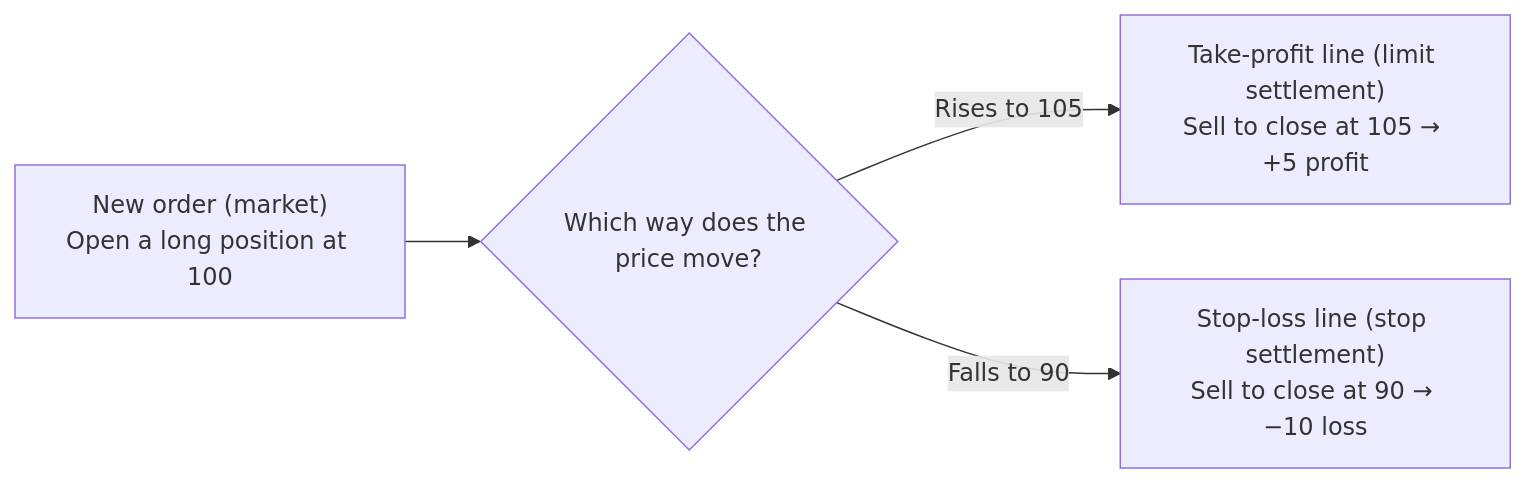
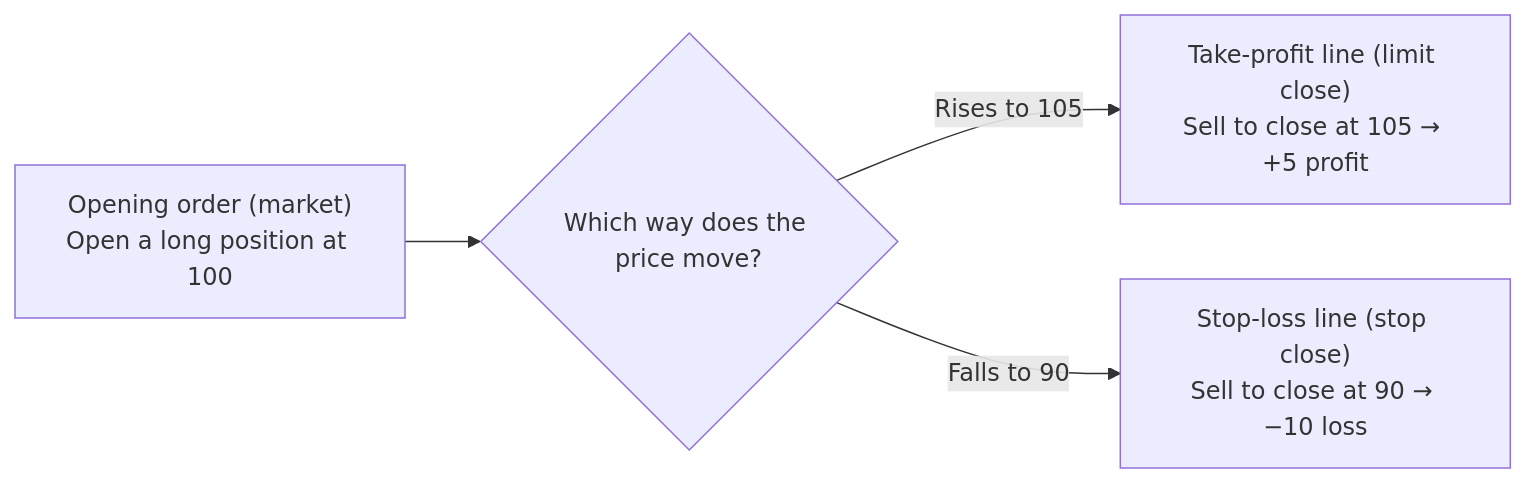
One commit to annarosalees/finance-notes changed the diagram in notes/cfd-basics.en.md. Above: the diagram before and after it, drawn with Mermaid. The commit also changed other lines of this file and 2 other files, not shown here.

````diff
--- a/notes/cfd-basics.en.md
+++ b/notes/cfd-basics.en.md
@@ -511,6 +550,6 @@
 ```mermaid
 graph LR
-    A["New order (market)<br/>Open a long position at 100"] --> B{Which way does the price move?}
-    B -->|Rises to 105| C["Take-profit line (limit settlement)<br/>Sell to close at 105 → +5 profit"]
-    B -->|Falls to 90| D["Stop-loss line (stop settlement)<br/>Sell to close at 90 → −10 loss"]
+    A["Opening order (market)<br/>Open a long position at 100"] --> B{Which way does the price move?}
+    B -->|Rises to 105| C["Take-profit line (limit close)<br/>Sell to close at 105 → +5 profit"]
+    B -->|Falls to 90| D["Stop-loss line (stop close)<br/>Sell to close at 90 → −10 loss"]
 ```
````
